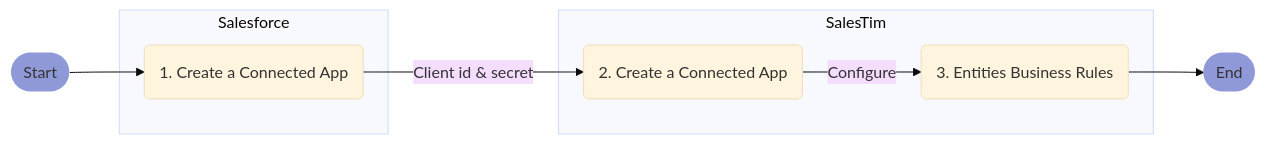
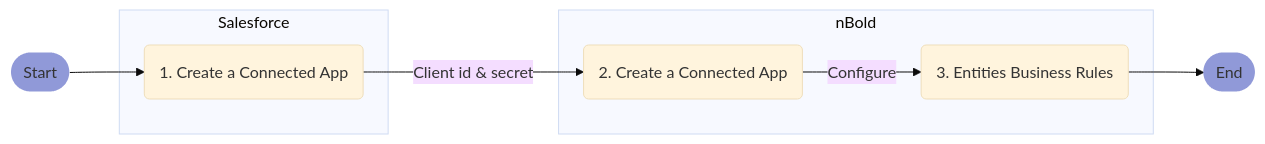
One commit to nboldhq/docs changed the diagram in src/connectedapps/salesforce-sales-cloud.md. Above: the diagram before and after it, drawn with Mermaid (base theme). The commit also changed other lines of this file and 923 other files, not shown here.

````diff
--- a/src/connectedapps/salesforce-sales-cloud.md
+++ b/src/connectedapps/salesforce-sales-cloud.md
@@ -20,25 +20,25 @@
 ```mermaid
 graph LR
 
     %% Nodes
     s([Start])
     subgraph sf[Salesforce]
         appreg(1. Create a Connected App)
     end
-    subgraph st[SalesTim]
+    subgraph st[nBold]
         createconnectedapp(2. Create a Connected App)
         configureentities(3. Entities Business Rules)
     end
     e([End])
 
     %% Styles
     classDef startend fill:#9099d8, stroke-width:0px;
         class s startend
         class e startend
 
     %% Links
     s --> appreg
     appreg -->|Client id & secret| createconnectedapp
     createconnectedapp --> |Configure| configureentities
     configureentities --> e
 ```
````
